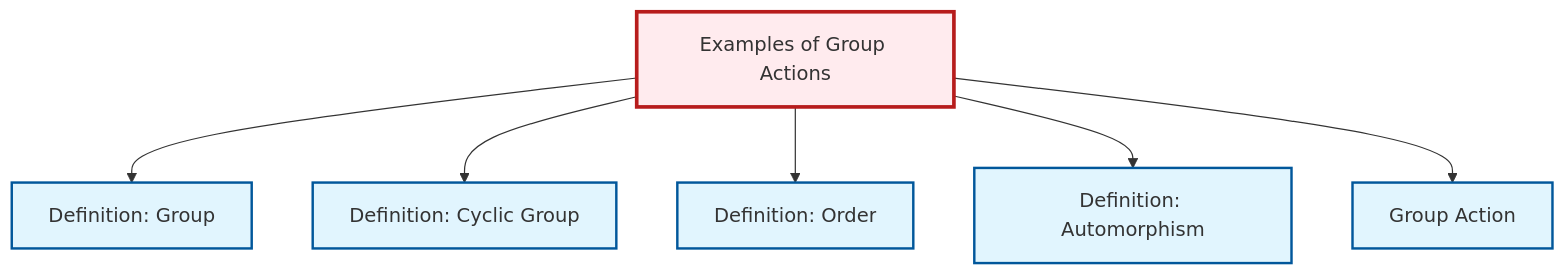
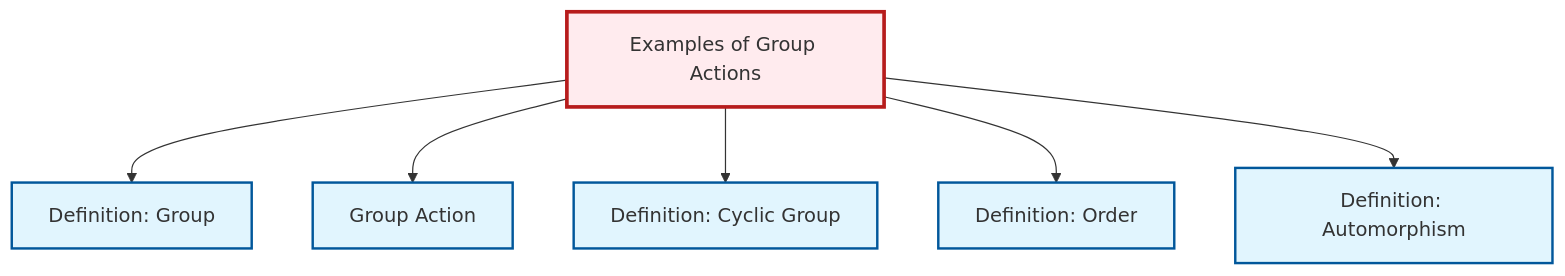
The diagram in content/en/algebra/ex-group-action-examples.qmd (RK0429/ModernMath), drawn with Mermaid before and after one commit. The commit also changed other lines of this file and 619 other files, not shown here.

````diff
--- a/content/en/algebra/ex-group-action-examples.qmd
+++ b/content/en/algebra/ex-group-action-examples.qmd
@@ -77,26 +77,26 @@
 ```{mermaid}
 %%| fig-cap: "Local dependency graph"
 graph TD
     classDef definition fill:#e1f5fe,stroke:#01579b,stroke-width:2px
     classDef theorem fill:#f3e5f5,stroke:#4a148c,stroke-width:2px
     classDef axiom fill:#fff3e0,stroke:#e65100,stroke-width:2px
     classDef example fill:#e8f5e9,stroke:#1b5e20,stroke-width:2px
     classDef current fill:#ffebee,stroke:#b71c1c,stroke-width:3px
+    def-group["Definition: Group"]:::definition
     def-cyclic-group["Definition: Cyclic Group"]:::definition
-    def-group-action["Group Action"]:::definition
+    def-automorphism["Definition: Automorphism"]:::definition
     def-order["Definition: Order"]:::definition
     ex-group-action-examples["Examples of Group Actions"]:::example
-    def-automorphism["Definition: Automorphism"]:::definition
-    def-group["Definition: Group"]:::definition
+    def-group-action["Group Action"]:::definition
     ex-group-action-examples --> def-group
+    ex-group-action-examples --> def-group-action
     ex-group-action-examples --> def-cyclic-group
     ex-group-action-examples --> def-order
     ex-group-action-examples --> def-automorphism
-    ex-group-action-examples --> def-group-action
     class ex-group-action-examples current
+    click def-group "def-group.html" "Go to Group definition"
     click def-cyclic-group "def-cyclic-group.html" "Go to Cyclic Group definition"
+    click def-automorphism "def-automorphism.html" "Go to Automorphism definition"
+    click def-order "def-order.html" "Go to Order definition"
     click def-group-action "def-group-action.html" "Go to Group Action"
-    click def-order "def-order.html" "Go to Order definition"
-    click def-automorphism "def-automorphism.html" "Go to Automorphism definition"
-    click def-group "def-group.html" "Go to Group definition"
 ```
````
